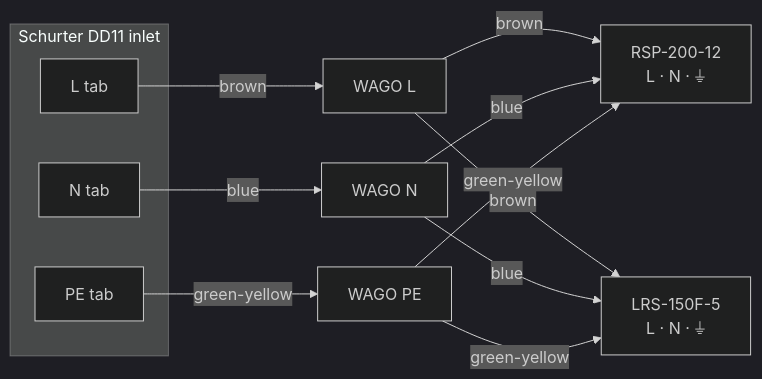
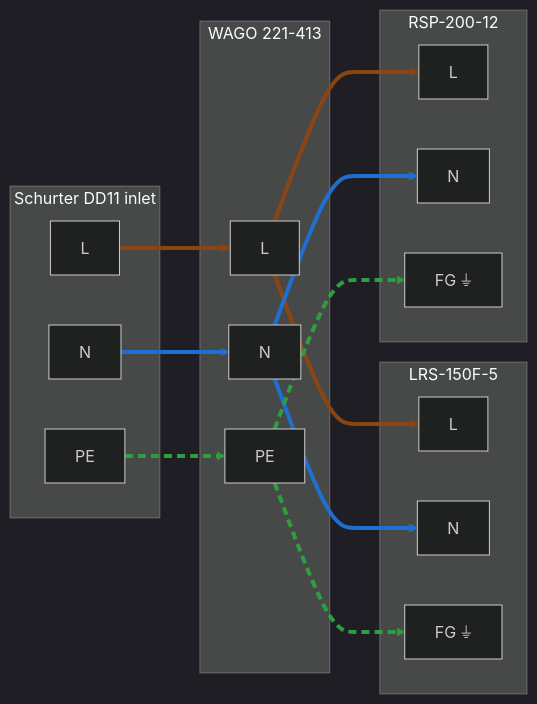
The second of 3 diagrams in docs/04-assembly-guide.md (Lukas0923xcv/JBOD), drawn with Mermaid (dark theme) before and after one commit. The commit also changed other lines of this file and 19 other files, not shown here.

First line of the commit message:
Add colour-coded diagrams and rework Mermaid charts

````diff
--- a/docs/04-assembly-guide.md
+++ b/docs/04-assembly-guide.md
@@ -58,17 +68,35 @@
 ```mermaid
 flowchart LR
     subgraph Inlet ["Schurter DD11 inlet"]
-        IL["L tab"]
-        IN["N tab"]
-        IPE["PE tab"]
+        IL["L"]
+        IN["N"]
+        IPE["PE"]
     end
-    IL -->|brown| WL["WAGO L"]
-    IN -->|blue| WN["WAGO N"]
-    IPE -->|green-yellow| WPE["WAGO PE"]
-    WL -->|brown| R["RSP-200-12<br>L · N · ⏚"]
-    WN -->|blue| R
-    WPE -->|green-yellow| R
-    WL -->|brown| L5["LRS-150F-5<br>L · N · ⏚"]
-    WN -->|blue| L5
-    WPE -->|green-yellow| L5
+    subgraph WAGO ["WAGO 221-413"]
+        WL["L"]
+        WN["N"]
+        WPE["PE"]
+    end
+    subgraph LRS ["LRS-150F-5"]
+        LL["L"]
+        LN["N"]
+        LF["FG ⏚"]
+    end
+    subgraph RSP ["RSP-200-12"]
+        RL["L"]
+        RN["N"]
+        RF["FG ⏚"]
+    end
+    IL --> WL
+    IN --> WN
+    IPE --> WPE
+    WL --> RL
+    WL --> LL
+    WN --> RN
+    WN --> LN
+    WPE --> RF
+    WPE --> LF
+    linkStyle 0,3,4 stroke:#8b4513,stroke-width:4px
+    linkStyle 1,5,6 stroke:#1f6fd1,stroke-width:4px
+    linkStyle 2,7,8 stroke:#2e9e3e,stroke-width:4px,stroke-dasharray:8 5
 ```
````
